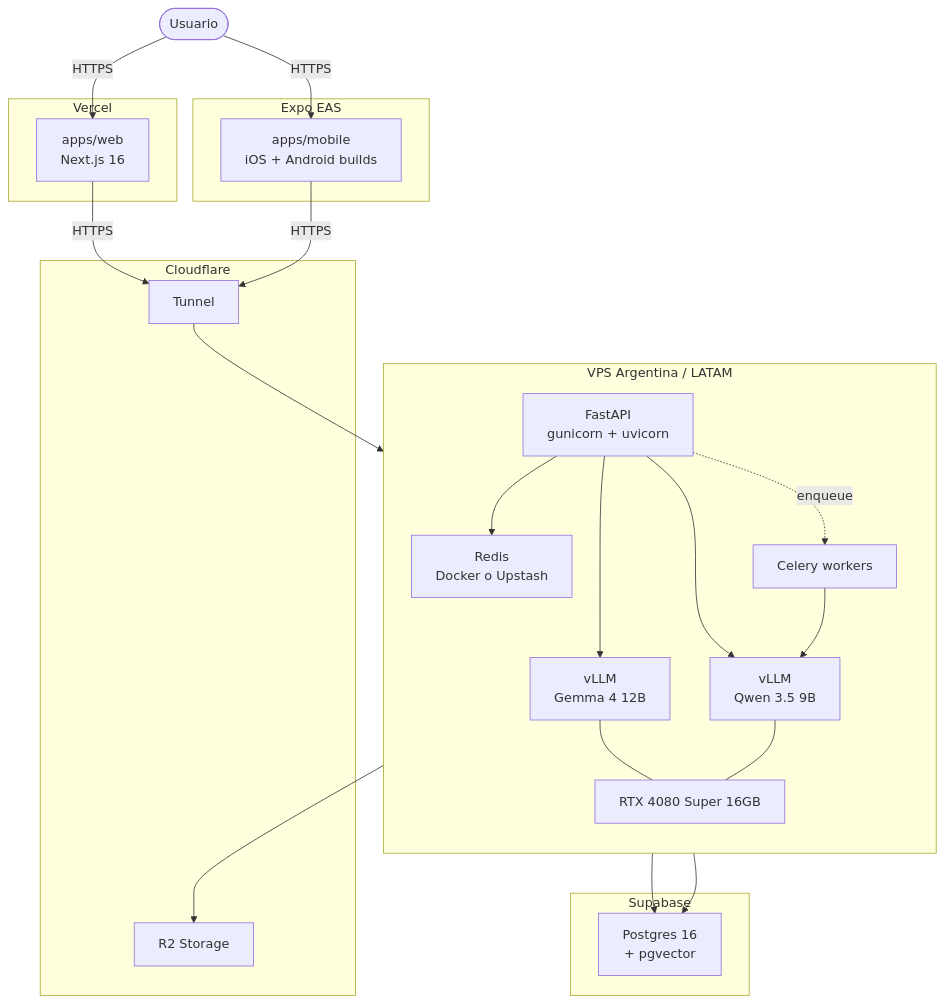
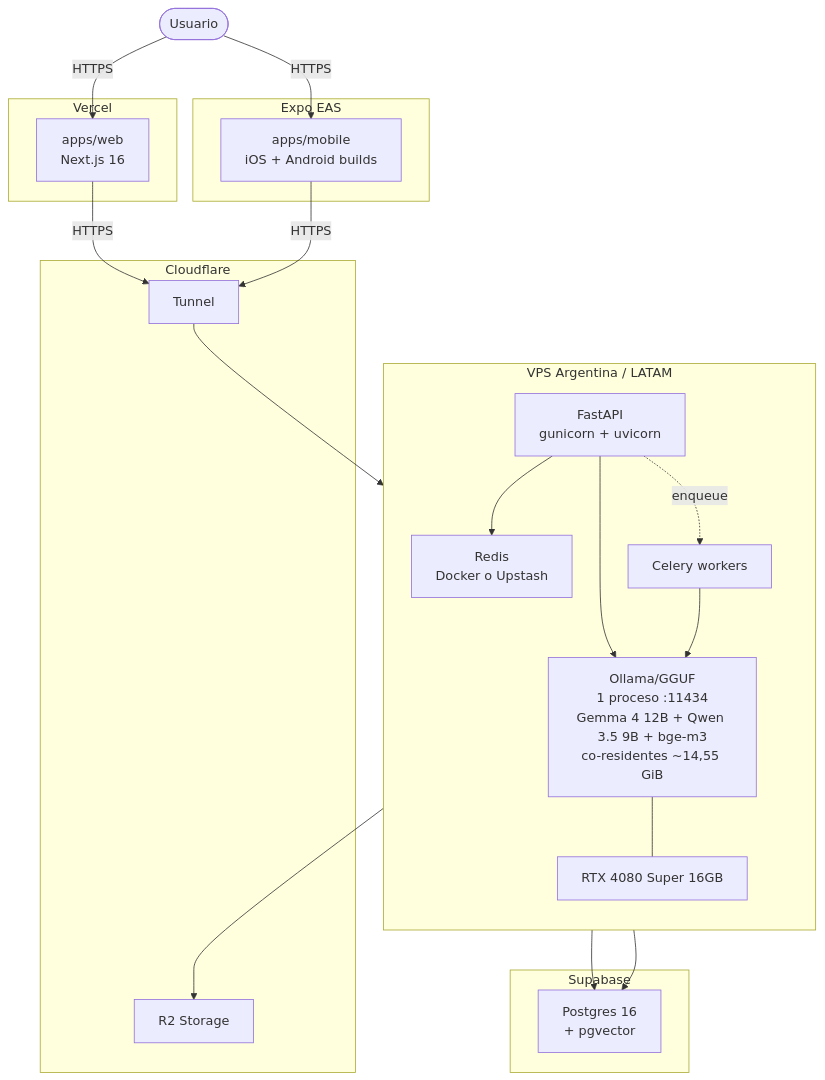
Before and after one commit to BriarDevv/Ynara: the diagram in docs/architecture/diagrams/deploy-topology.md, drawn with Mermaid. The commit also changed other lines of this file and 7 other files, not shown here.

First line of the commit message:
docs(arch): banners de refinamiento ADR + renumerar ADR-012 duplicado + diagramas (#250)

````diff
--- a/docs/architecture/diagrams/deploy-topology.md
+++ b/docs/architecture/diagrams/deploy-topology.md
@@ -13,45 +21,42 @@
 ```mermaid
 flowchart TB
     subgraph CDN[Cloudflare]
       CFT[Tunnel]
       CFR2[R2 Storage]
     end
 
     subgraph VERCEL[Vercel]
       WEB[apps/web<br/>Next.js 16]
     end
 
     subgraph EAS[Expo EAS]
       MOB[apps/mobile<br/>iOS + Android builds]
     end
 
     subgraph VPS[VPS Argentina / LATAM]
       direction TB
       API[FastAPI<br/>gunicorn + uvicorn]
       WORK[Celery workers]
       REDIS[Redis<br/>Docker o Upstash]
-      VLLM_G[vLLM<br/>Gemma 4 12B]
-      VLLM_Q[vLLM<br/>Qwen 3.5 9B]
+      OLLAMA[Ollama/GGUF<br/>1 proceso :11434<br/>Gemma 4 12B + Qwen 3.5 9B + bge-m3<br/>co-residentes ~14,55 GiB]
       GPU[RTX 4080 Super 16GB]
     end
 
     subgraph SB[Supabase]
       PG[Postgres 16<br/>+ pgvector]
     end
 
     USER([Usuario]) -->|HTTPS| WEB
     USER -->|HTTPS| MOB
     WEB -->|HTTPS| CFT
     MOB -->|HTTPS| CFT
     CFT --> API
     API --> REDIS
     API --> PG
-    API --> VLLM_G
-    API --> VLLM_Q
+    API --> OLLAMA
     API -.->|enqueue| WORK
     WORK --> PG
-    WORK --> VLLM_Q
-    VLLM_G --- GPU
-    VLLM_Q --- GPU
+    WORK --> OLLAMA
+    OLLAMA --- GPU
     API --> CFR2
 ```
````
